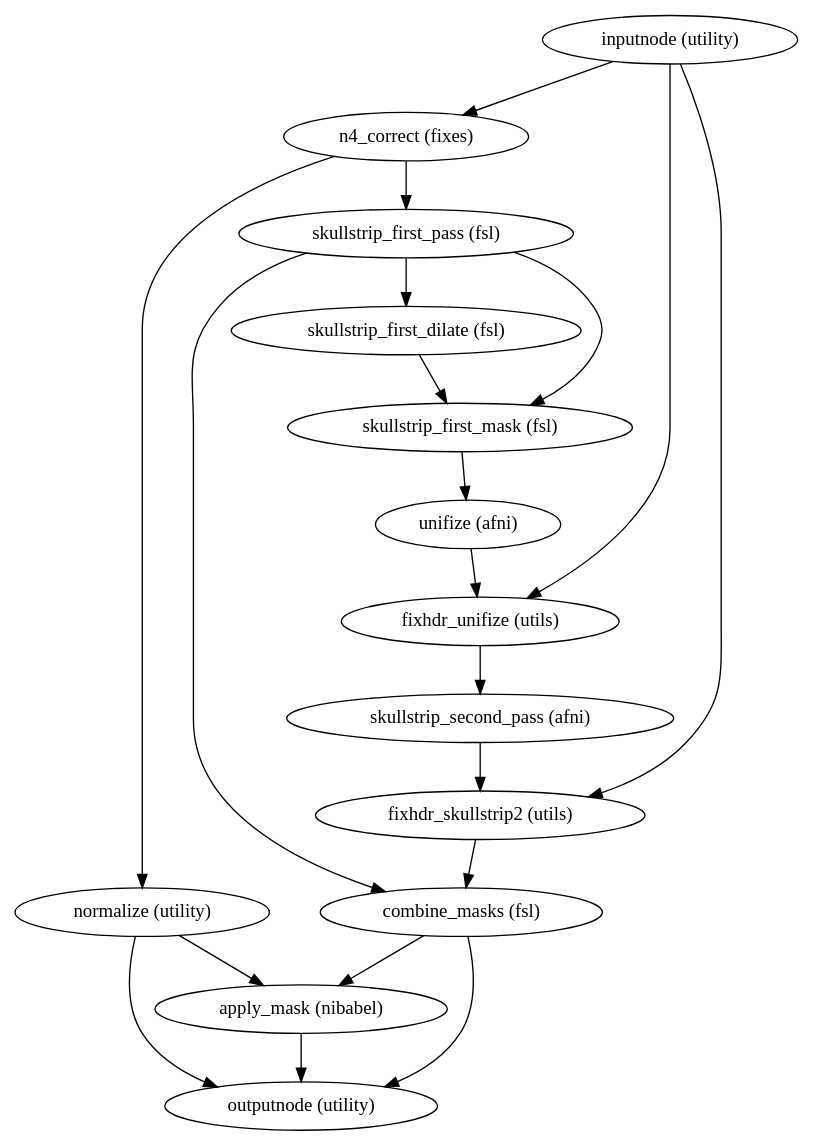
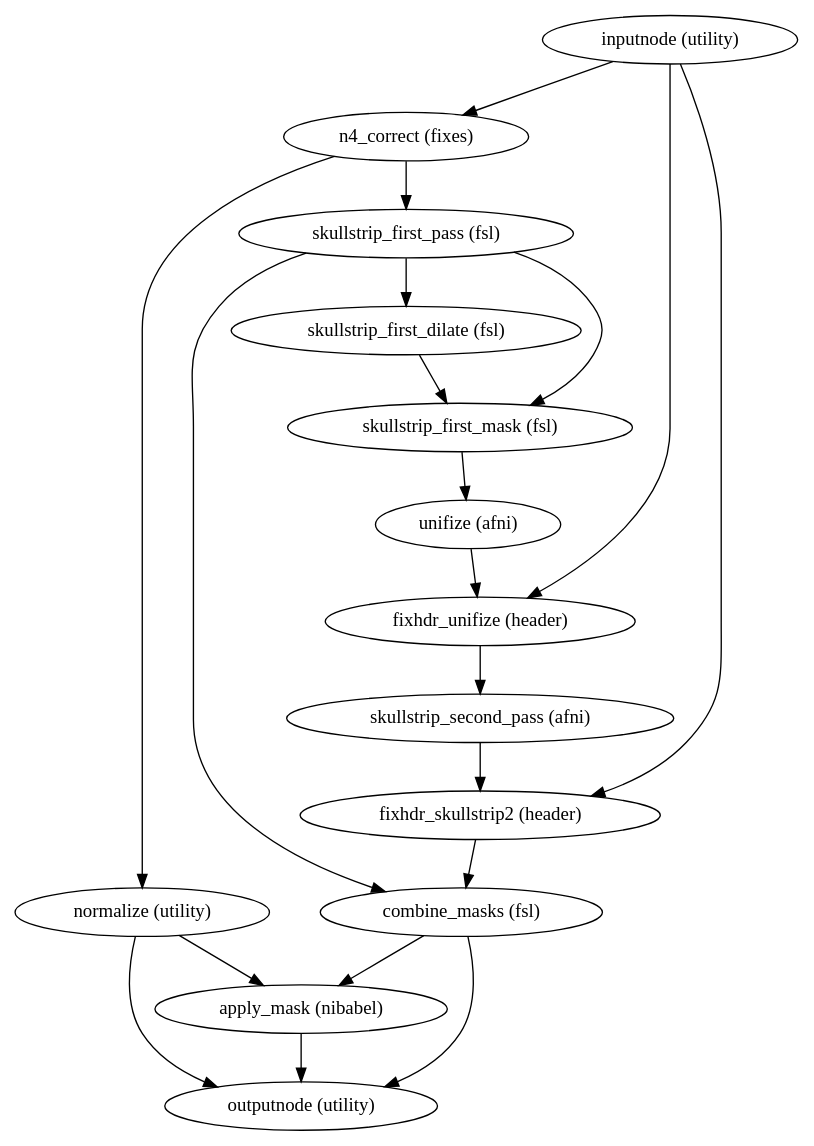
Before and after one commit to nipreps/dmriprep: the diagram in 0.2.2/wf_directive/api/enhance_and_skullstrip_dwi_wf/dmriprep-workflows-dwi-util-2.dot, drawn with Graphviz. The commit also changed 473 other files, not shown here.

```diff
--- a/0.2.2/wf_directive/api/enhance_and_skullstrip_dwi_wf/dmriprep-workflows-dwi-util-2.dot
+++ b/0.2.2/wf_directive/api/enhance_and_skullstrip_dwi_wf/dmriprep-workflows-dwi-util-2.dot
@@ -1,34 +1,34 @@
 strict digraph  {
 "inputnode (utility)";
 "n4_correct (fixes)";
-"fixhdr_unifize (utils)";
-"fixhdr_skullstrip2 (utils)";
+"fixhdr_unifize (header)";
+"fixhdr_skullstrip2 (header)";
 "skullstrip_first_pass (fsl)";
 "normalize (utility)";
 "skullstrip_second_pass (afni)";
 "combine_masks (fsl)";
 "skullstrip_first_dilate (fsl)";
 "skullstrip_first_mask (fsl)";
 "unifize (afni)";
 "apply_mask (nibabel)";
 "outputnode (utility)";
 "inputnode (utility)" -> "n4_correct (fixes)";
-"inputnode (utility)" -> "fixhdr_unifize (utils)";
-"inputnode (utility)" -> "fixhdr_skullstrip2 (utils)";
+"inputnode (utility)" -> "fixhdr_unifize (header)";
+"inputnode (utility)" -> "fixhdr_skullstrip2 (header)";
 "n4_correct (fixes)" -> "skullstrip_first_pass (fsl)";
 "n4_correct (fixes)" -> "normalize (utility)";
-"fixhdr_unifize (utils)" -> "skullstrip_second_pass (afni)";
-"fixhdr_skullstrip2 (utils)" -> "combine_masks (fsl)";
+"fixhdr_unifize (header)" -> "skullstrip_second_pass (afni)";
+"fixhdr_skullstrip2 (header)" -> "combine_masks (fsl)";
 "skullstrip_first_pass (fsl)" -> "skullstrip_first_dilate (fsl)";
 "skullstrip_first_pass (fsl)" -> "skullstrip_first_mask (fsl)";
 "skullstrip_first_pass (fsl)" -> "combine_masks (fsl)";
 "normalize (utility)" -> "apply_mask (nibabel)";
 "normalize (utility)" -> "outputnode (utility)";
-"skullstrip_second_pass (afni)" -> "fixhdr_skullstrip2 (utils)";
+"skullstrip_second_pass (afni)" -> "fixhdr_skullstrip2 (header)";
 "combine_masks (fsl)" -> "apply_mask (nibabel)";
 "combine_masks (fsl)" -> "outputnode (utility)";
 "skullstrip_first_dilate (fsl)" -> "skullstrip_first_mask (fsl)";
 "skullstrip_first_mask (fsl)" -> "unifize (afni)";
-"unifize (afni)" -> "fixhdr_unifize (utils)";
+"unifize (afni)" -> "fixhdr_unifize (header)";
 "apply_mask (nibabel)" -> "outputnode (utility)";
 }
```
